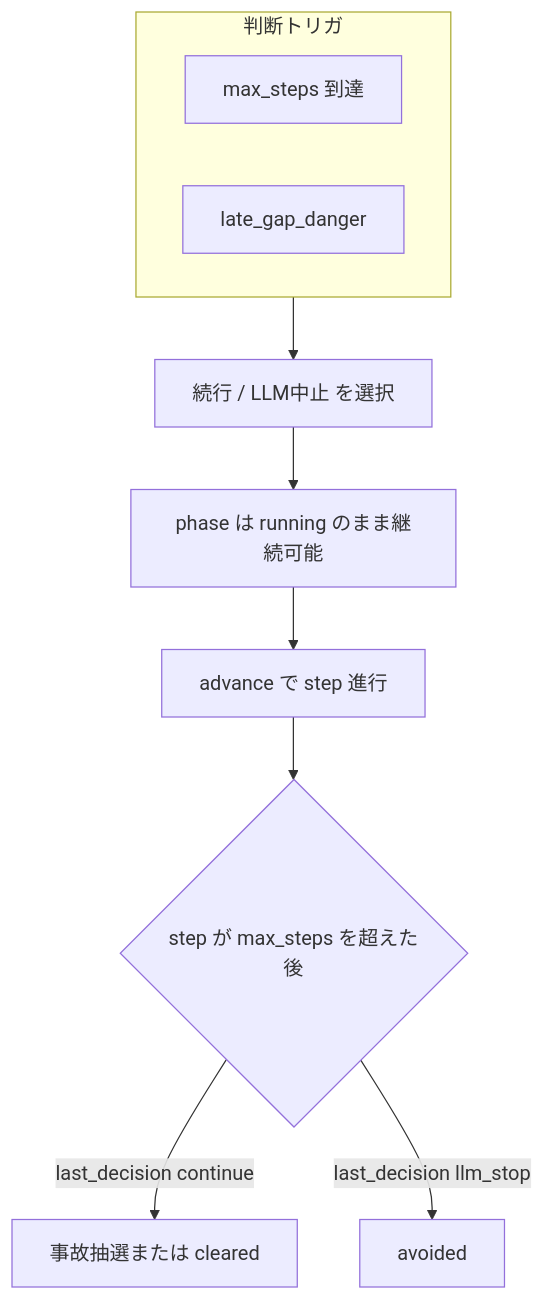
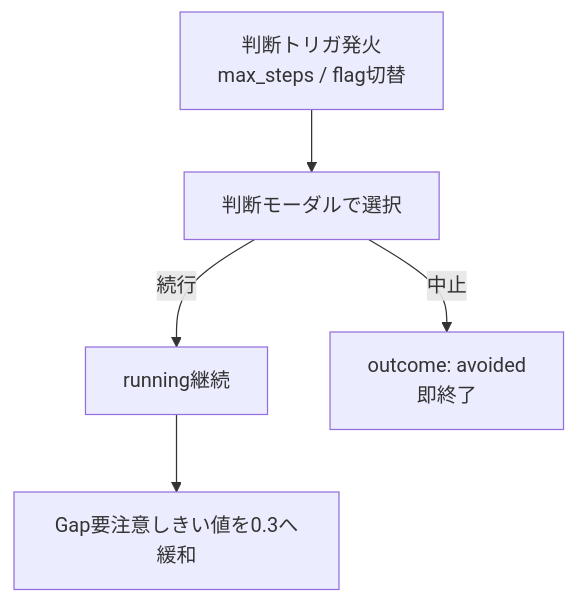
The second of 2 diagrams in docs/design/rp_simulation.md (takedashunsuke/risk-gap-llm-decision), drawn with Mermaid before and after one commit. The commit also changed other lines of this file and 12 other files, not shown here.

````diff
--- a/docs/design/rp_simulation.md
+++ b/docs/design/rp_simulation.md
@@ -59,13 +68,8 @@
 ```mermaid
 flowchart TD
-  subgraph T[判断トリガ]
-    A[max_steps 到達]
-    B[late_gap_danger]
-  end
-  T --> C[続行 / LLM中止 を選択]
-  C --> D[phase は running のまま継続可能]
-  D --> E[advance で step 進行]
-  E --> F{step が max_steps を超えた後}
-  F -->|last_decision continue| G[事故抽選または cleared]
-  F -->|last_decision llm_stop| H[avoided]
+  T[判断トリガ発火<br/>max_steps / flag切替]
+  T --> C[判断モーダルで選択]
+  C -->|続行| D[running継続]
+  D --> E[Gap要注意しきい値を0.3へ緩和]
+  C -->|中止| H[outcome: avoided<br/>即終了]
 ```
````
